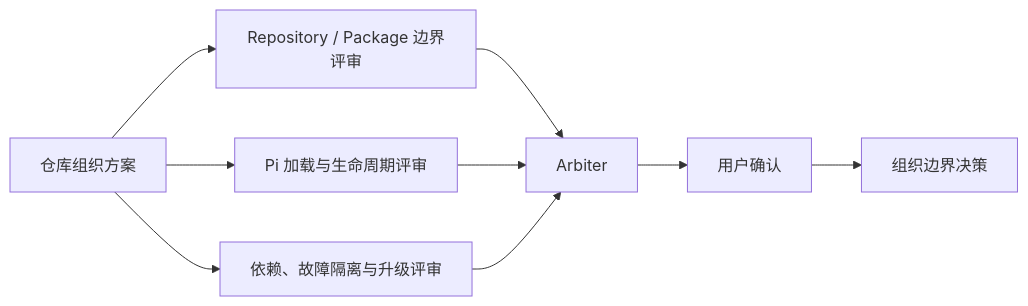
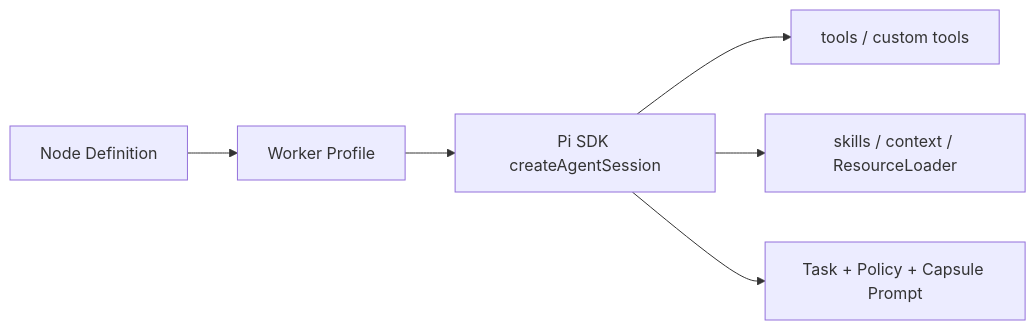
The ninth of 10 diagrams in docs/00-repository-organization/technical-design.md (ZHOUKAILIAN/my-pi-extension), drawn with Mermaid before and after one commit. The commit also changed other lines of this file and 7 other files, not shown here.

Commit message:
docs: decide workflow runtime architecture

````diff
--- a/docs/00-repository-organization/technical-design.md
+++ b/docs/00-repository-organization/technical-design.md
@@ -175,11 +397,8 @@
 ```mermaid
 flowchart LR
-    proposal[仓库组织方案] --> boundaryReview[Repository / Package 边界评审]
-    proposal --> lifecycleReview[Pi 加载与生命周期评审]
-    proposal --> dependencyReview[依赖、故障隔离与升级评审]
-    boundaryReview --> arbiter[Arbiter]
-    lifecycleReview --> arbiter
-    dependencyReview --> arbiter
-    arbiter --> user[用户确认]
-    user --> decision[组织边界决策]
+    node[Node Definition] --> profile[Worker Profile]
+    profile --> sdk[Pi SDK createAgentSession]
+    sdk --> tools[tools / custom tools]
+    sdk --> resources[skills / context / ResourceLoader]
+    sdk --> prompt[Task + Policy + Capsule Prompt]
 ```
````
